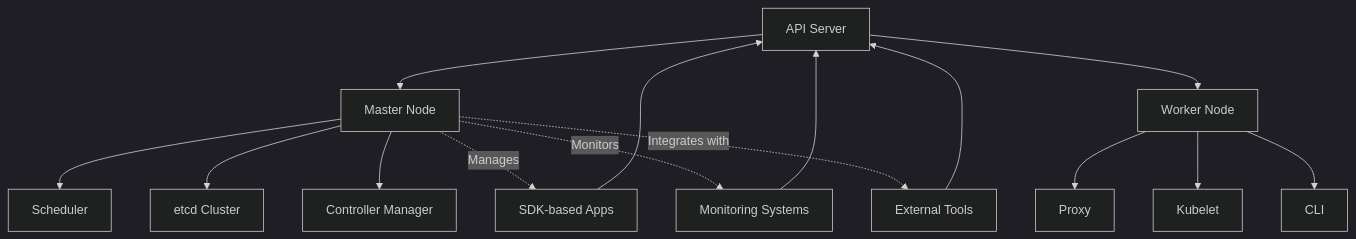
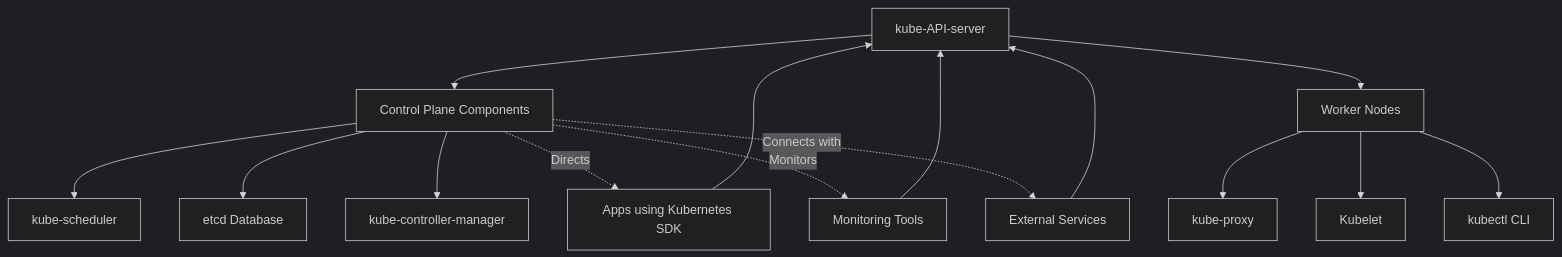
The first of 2 diagrams in Architecture_Overview.md (007chiragshah/tucana), drawn with Mermaid (dark theme) before and after one commit.

````diff
--- a/Architecture_Overview.md
+++ b/Architecture_Overview.md
@@ -20,20 +20,20 @@
   ```mermaid 
-  graph TB
-    A[API Server] --> B[Master Node]
-    B --> C[Scheduler]
-    B --> D[etcd Cluster]
-    B --> E[Controller Manager]
+  graph TD
+    A[kube-API-server] --> B[Control Plane Components]
+    B --> C[kube-scheduler]
+    B --> D[etcd Database]
+    B --> E[kube-controller-manager]
 
-    A --> F[Worker Node]
-    F --> G[Proxy]
+    A --> F[Worker Nodes]
+    F --> G[kube-proxy]
     F --> H[Kubelet]
-    F --> I[CLI]
+    F --> I[kubectl CLI]
 
-    J[SDK-based Apps] --> A
-    K[Monitoring Systems] --> A
-    L[External Tools] --> A
+    J[Apps using Kubernetes SDK] --> A
+    K[Monitoring Tools] --> A
+    L[External Services] --> A
 
-    B -.->|Manages| J
+    B -.->|Directs| J
     B -.->|Monitors| K
-    B -.->|Integrates with| L
+    B -.->|Connects with| L
   ```
````
